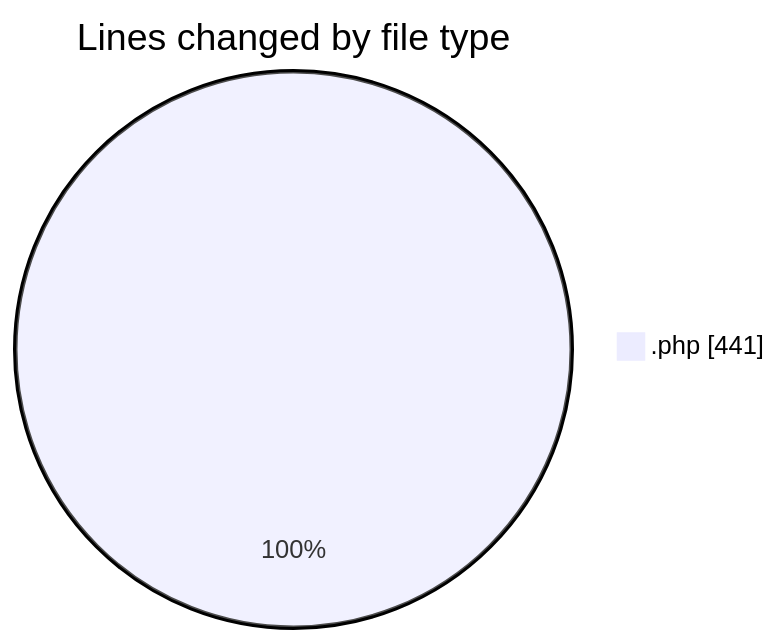
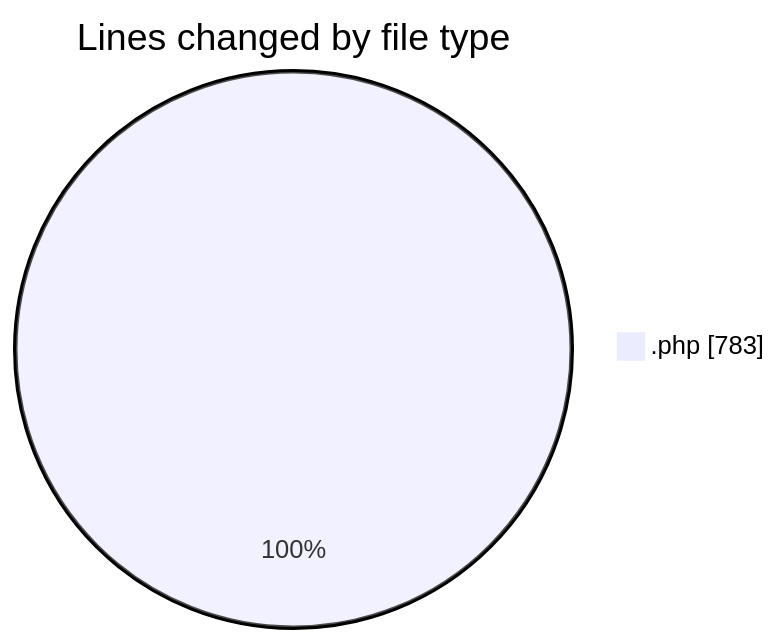
One commit to idhammustaqopulfikri/code-tracking changed the first of 2 diagrams in 2025-06-18/studio-backend/README.md. Above: the diagram before and after it, drawn with Mermaid. The commit also changed other lines of this file and 1 other file, not shown here.

````diff
--- a/2025-06-18/studio-backend/README.md
+++ b/2025-06-18/studio-backend/README.md
@@ -21,5 +22,5 @@
 ```mermaid
 pie showData
 title Lines changed by file type
-".php" : 441
+".php" : 783
 ```
````
